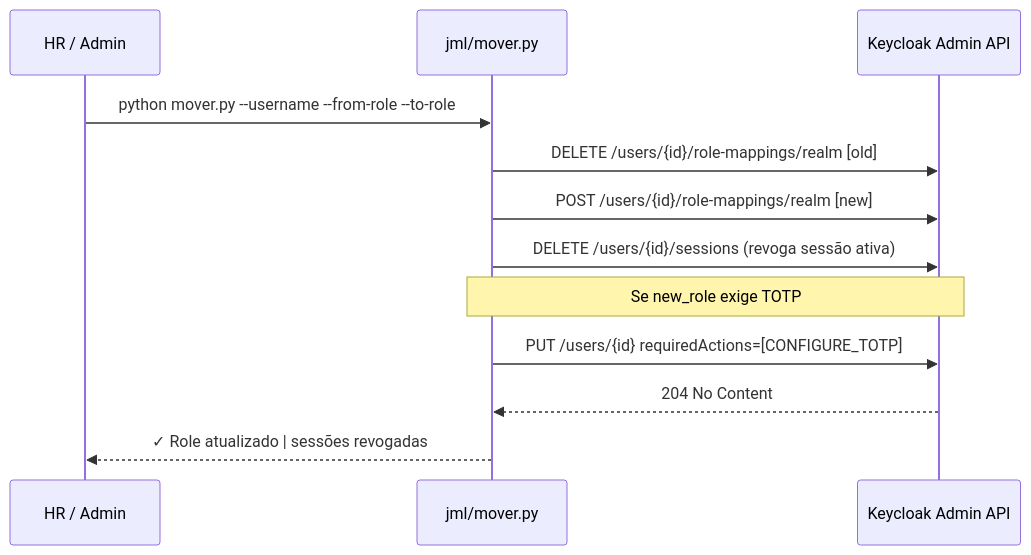
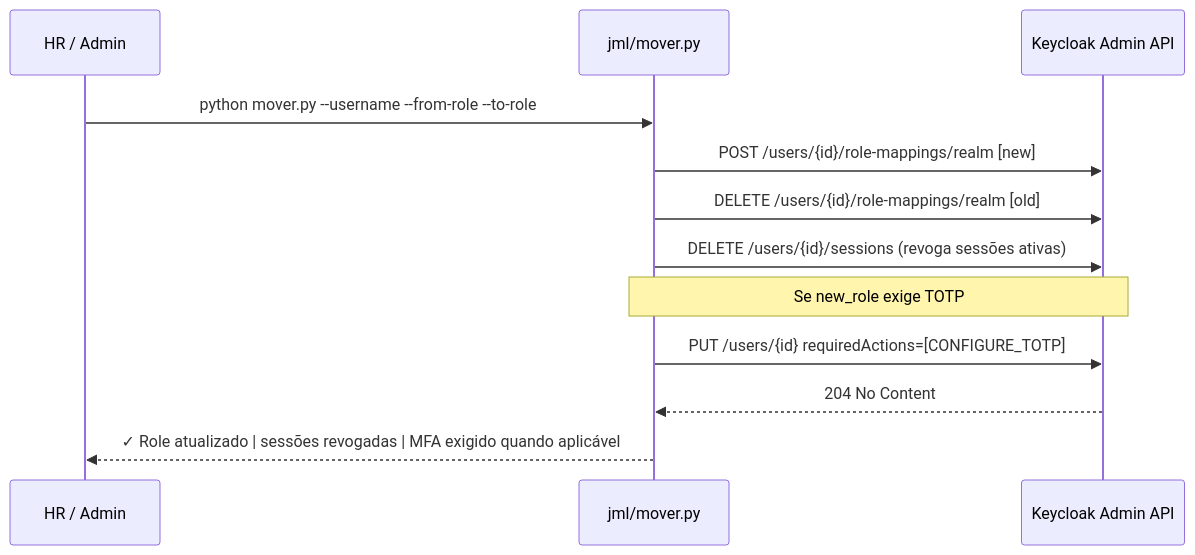
Before and after one commit to zye04/mei-gi-keycloak-iam: the fourth of 6 diagrams in docs/architecture.md, drawn with Mermaid. The commit also changed other lines of this file and 8 other files, not shown here.

````diff
--- a/docs/architecture.md
+++ b/docs/architecture.md
@@ -106,15 +107,15 @@
 ```mermaid
 sequenceDiagram
     participant HR as HR / Admin
     participant S as jml/mover.py
     participant K as Keycloak Admin API
 
     HR->>S: python mover.py --username --from-role --to-role
+    S->>K: POST /users/{id}/role-mappings/realm [new]
     S->>K: DELETE /users/{id}/role-mappings/realm [old]
-    S->>K: POST /users/{id}/role-mappings/realm [new]
-    S->>K: DELETE /users/{id}/sessions (revoga sessão ativa)
+    S->>K: DELETE /users/{id}/sessions (revoga sessões ativas)
     Note over S,K: Se new_role exige TOTP
     S->>K: PUT /users/{id} requiredActions=[CONFIGURE_TOTP]
     K-->>S: 204 No Content
-    S-->>HR: ✓ Role atualizado | sessões revogadas
+    S-->>HR: ✓ Role atualizado | sessões revogadas | MFA exigido quando aplicável
 ```
````
